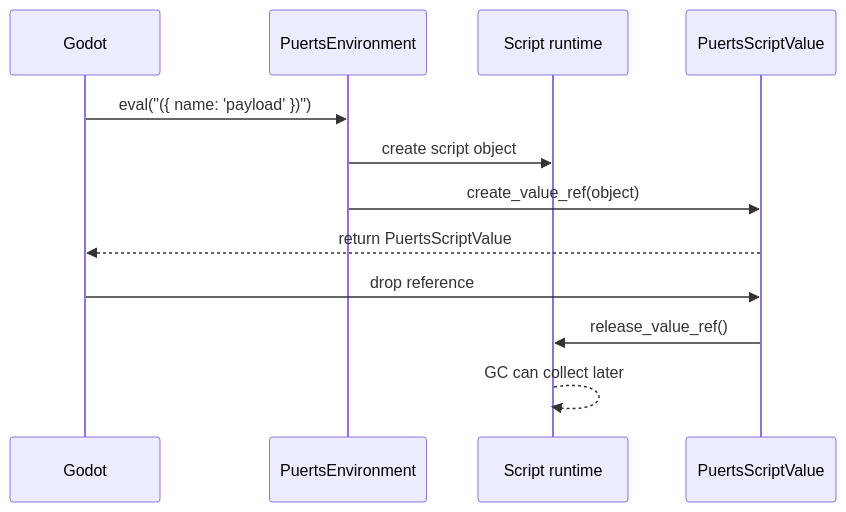
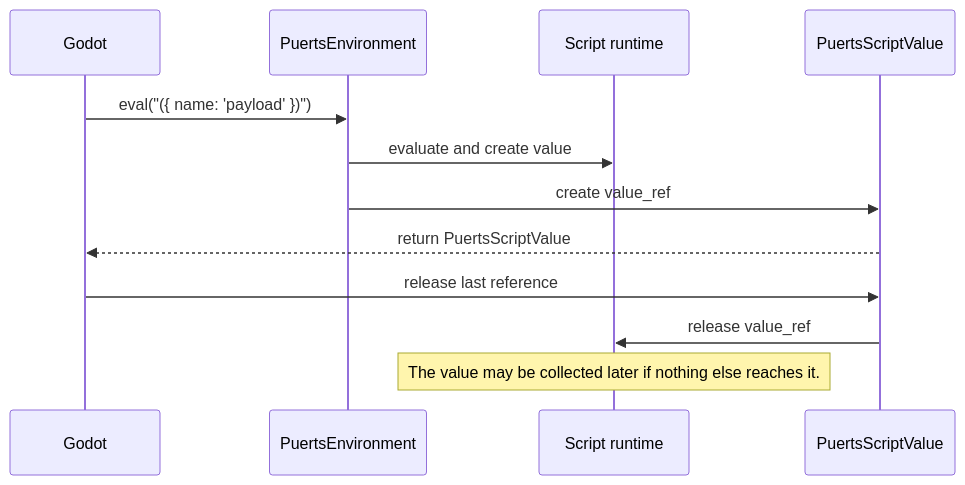
One commit to realybin/puerts-godot changed the second of 2 diagrams in docs/object-allocating.md. Above: the diagram before and after it, drawn with Mermaid. The commit also changed other lines of this file, not shown here.

Commit message:
docs: rewrite Object Allocation and Lifetime

````diff
--- a/docs/object-allocating.md
+++ b/docs/object-allocating.md
@@ -53,15 +54,15 @@
 ```mermaid
 sequenceDiagram
     participant G as Godot
     participant E as PuertsEnvironment
-    participant S as Script runtime
+    participant R as Script runtime
     participant V as PuertsScriptValue
 
     G->>E: eval("({ name: 'payload' })")
-    E->>S: create script object
-    E->>V: create_value_ref(object)
+    E->>R: evaluate and create value
+    E->>V: create value_ref
     V-->>G: return PuertsScriptValue
-    G->>V: drop reference
-    V->>S: release_value_ref()
-    S-->>S: GC can collect later
+    G->>V: release last reference
+    V->>R: release value_ref
+    Note over R: The value may be collected later if nothing else reaches it.
 ```
````
